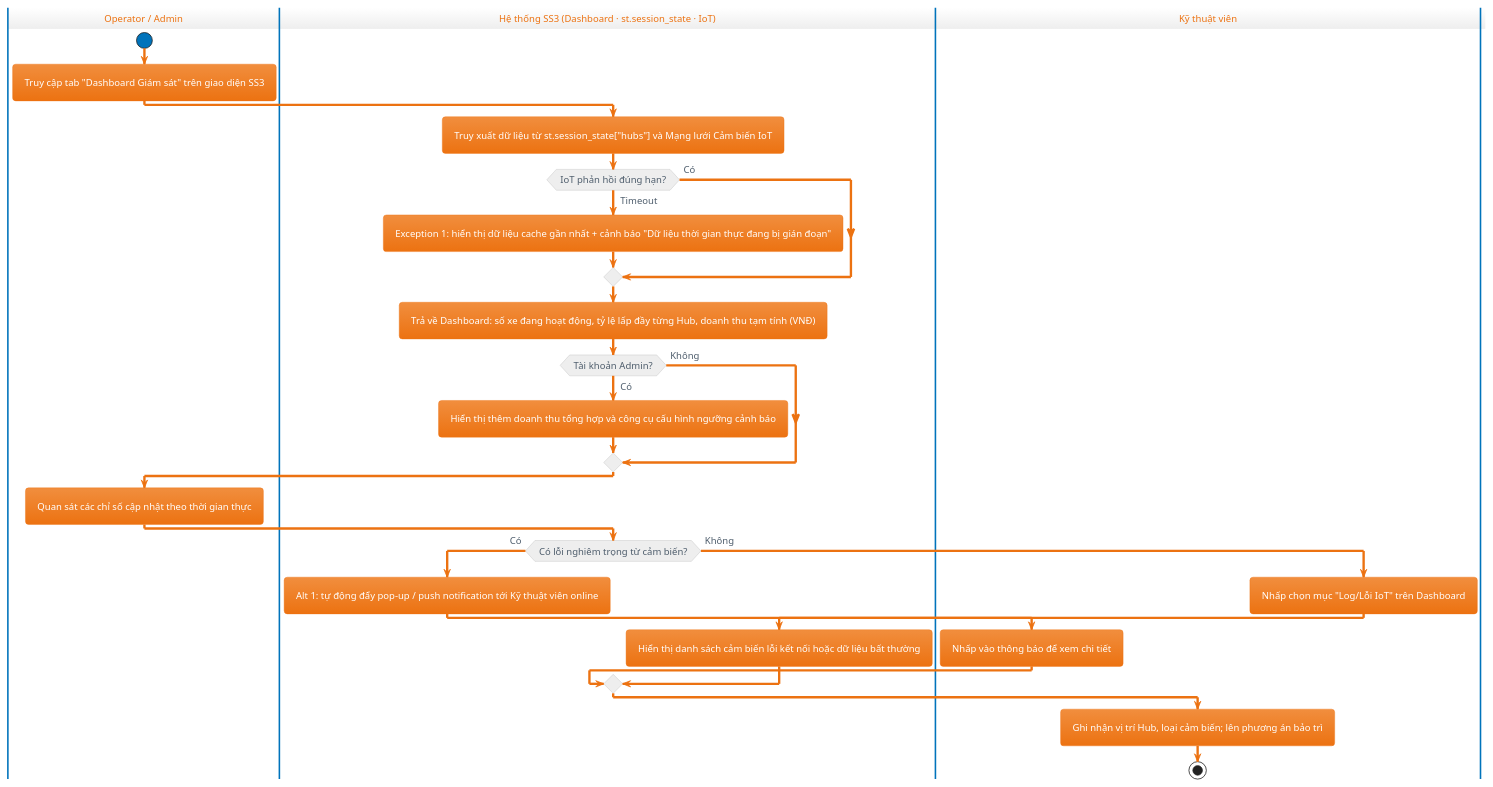
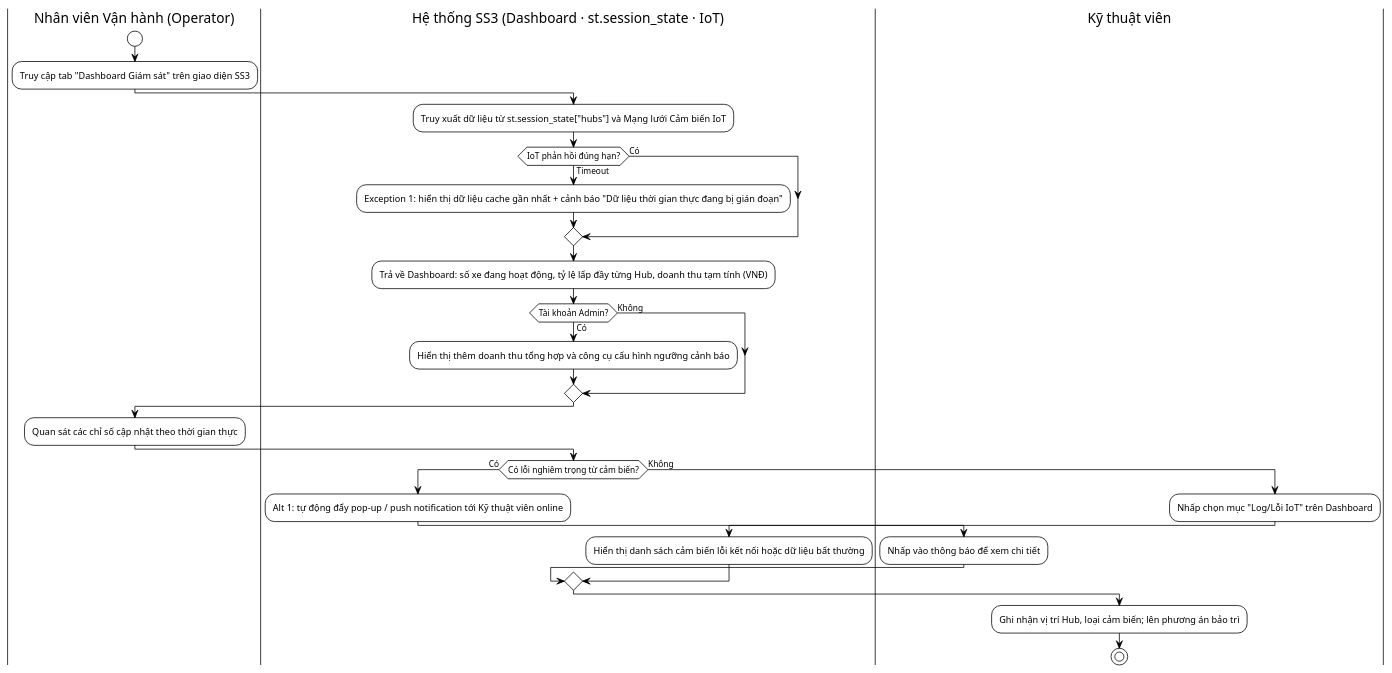
One commit to Dat-nguyen195/BTL_1_CNPM changed the diagram in docs/diagrams/Use-case detail-scenario/SS3/Activity diagrams/UC_SS3_01_PhamTienDat_activity.puml. Above: the diagram before and after it, drawn with PlantUML. The commit also changed 8 other files, not shown here.

```diff
--- a/docs/diagrams/Use-case detail-scenario/SS3/Activity diagrams/UC_SS3_01_PhamTienDat_activity.puml
+++ b/docs/diagrams/Use-case detail-scenario/SS3/Activity diagrams/UC_SS3_01_PhamTienDat_activity.puml
@@ -1,38 +1,38 @@
 @startuml
-!theme aws-orange
-|Operator / Admin|
+!theme plain
+|Nhân viên Vận hành (Operator)|
 start
 :Truy cập tab "Dashboard Giám sát" trên giao diện SS3;
 
 |Hệ thống SS3 (Dashboard · st.session_state · IoT)|
 :Truy xuất dữ liệu từ st.session_state["hubs"] và Mạng lưới Cảm biến IoT;
 if (IoT phản hồi đúng hạn?) then (Timeout)
     :Exception 1: hiển thị dữ liệu cache gần nhất + cảnh báo "Dữ liệu thời gian thực đang bị gián đoạn";
 else (Có)
 endif
 :Trả về Dashboard: số xe đang hoạt động, tỷ lệ lấp đầy từng Hub, doanh thu tạm tính (VNĐ);
 
 if (Tài khoản Admin?) then (Có)
     :Hiển thị thêm doanh thu tổng hợp và công cụ cấu hình ngưỡng cảnh báo;
 else (Không)
 endif
 
-|Operator / Admin|
+|Nhân viên Vận hành (Operator)|
 :Quan sát các chỉ số cập nhật theo thời gian thực;
 
 |Hệ thống SS3 (Dashboard · st.session_state · IoT)|
 if (Có lỗi nghiêm trọng từ cảm biến?) then (Có)
     :Alt 1: tự động đẩy pop-up / push notification tới Kỹ thuật viên online;
     |Kỹ thuật viên|
     :Nhấp vào thông báo để xem chi tiết;
 else (Không)
     |Kỹ thuật viên|
     :Nhấp chọn mục "Log/Lỗi IoT" trên Dashboard;
     |Hệ thống SS3 (Dashboard · st.session_state · IoT)|
     :Hiển thị danh sách cảm biến lỗi kết nối hoặc dữ liệu bất thường;
 endif
 
 |Kỹ thuật viên|
 :Ghi nhận vị trí Hub, loại cảm biến; lên phương án bảo trì;
 stop
 @enduml
```
